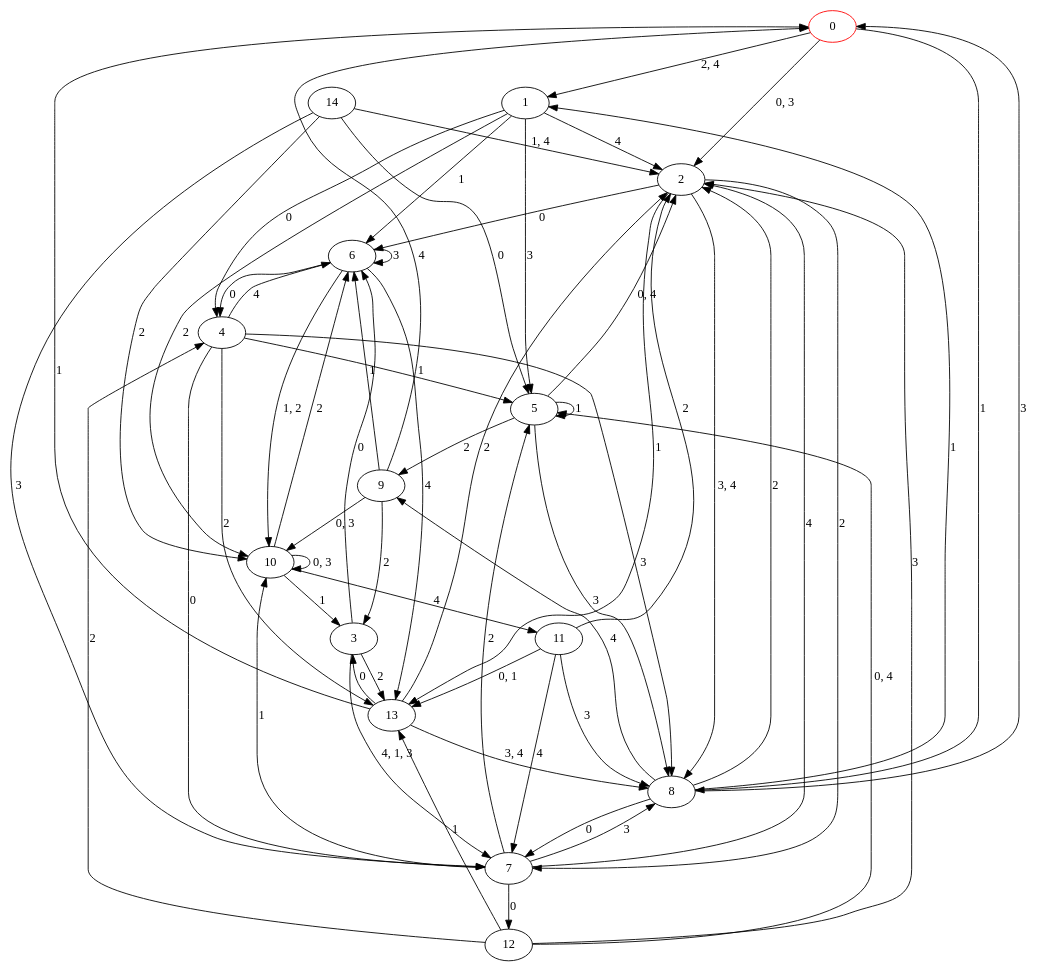
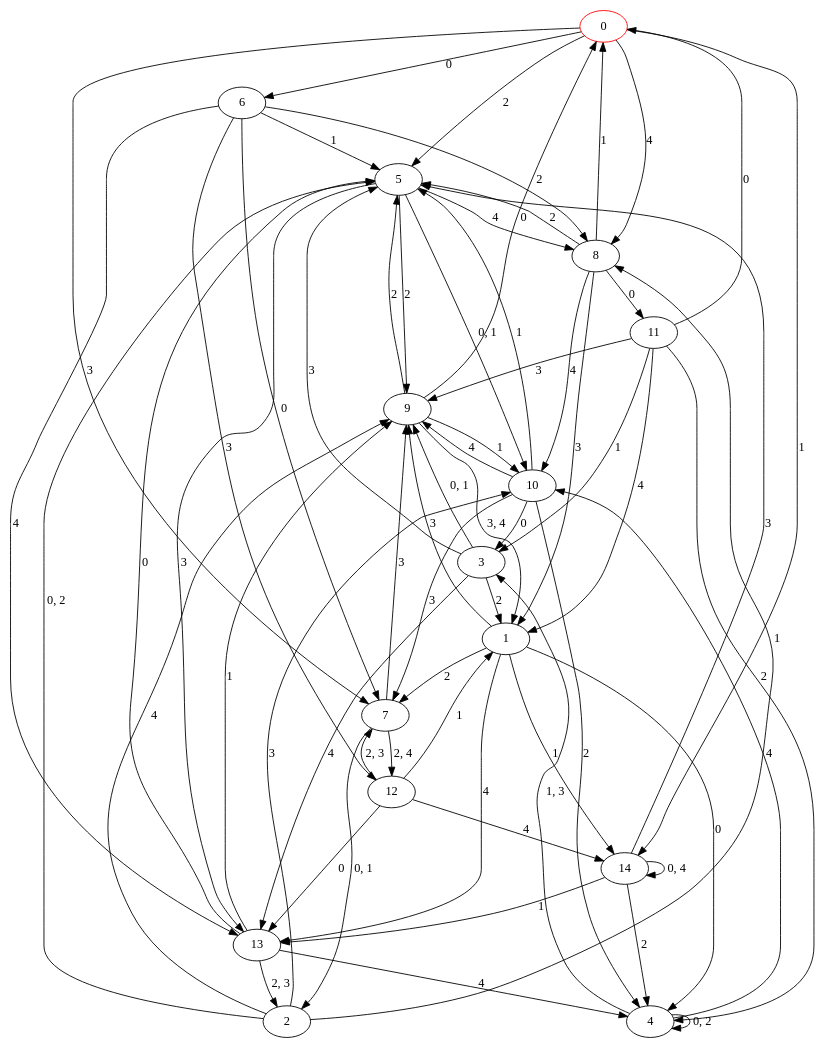
Before and after one commit to Jakub-Ciecierski/AutomatonOptimization: the diagram in automata/res/dfa_s15_r5/s15_r5.dot, drawn with Graphviz. The commit also changed 41 other files, not shown here.

```diff
--- a/automata/res/dfa_s15_r5/s15_r5.dot
+++ b/automata/res/dfa_s15_r5/s15_r5.dot
@@ -1,79 +1,81 @@
 digraph g {
 0 [label= "0"] [color="red"];
 1 [label= "1"];
 2 [label= "2"];
 3 [label= "3"];
 4 [label= "4"];
 5 [label= "5"];
 6 [label= "6"];
 7 [label= "7"];
 8 [label= "8"];
 9 [label= "9"];
 10 [label= "10"];
 11 [label= "11"];
 12 [label= "12"];
 13 [label= "13"];
 14 [label= "14"];
-0 -> 8[label= "1"];
+0 -> 6[label= "0"];
+0 -> 14[label= "1"];
+0 -> 5[label= "2"];
+0 -> 7[label= "3"];
+0 -> 8[label= "4"];
 1 -> 4[label= "0"];
-1 -> 6[label= "1"];
-1 -> 10[label= "2"];
-1 -> 5[label= "3"];
-1 -> 2[label= "4"];
-2 -> 6[label= "0"];
-2 -> 13[label= "1"];
-2 -> 7[label= "2"];
-3 -> 6[label= "0"];
-3 -> 13[label= "2"];
-4 -> 7[label= "0"];
-4 -> 5[label= "1"];
-4 -> 13[label= "2"];
-4 -> 8[label= "3"];
-4 -> 6[label= "4"];
-5 -> 5[label= "1"];
+1 -> 14[label= "1"];
+1 -> 7[label= "2"];
+1 -> 9[label= "3"];
+1 -> 13[label= "4"];
+2 -> 8[label= "1"];
+2 -> 10[label= "3"];
+2 -> 9[label= "4"];
+3 -> 1[label= "2"];
+3 -> 5[label= "3"];
+3 -> 13[label= "4"];
+4 -> 10[label= "4"];
 5 -> 9[label= "2"];
-5 -> 8[label= "3"];
-6 -> 4[label= "0"];
-6 -> 6[label= "3"];
+5 -> 13[label= "3"];
+5 -> 8[label= "4"];
+6 -> 7[label= "0"];
+6 -> 5[label= "1"];
+6 -> 8[label= "2"];
+6 -> 12[label= "3"];
 6 -> 13[label= "4"];
-7 -> 12[label= "0"];
-7 -> 10[label= "1"];
-7 -> 5[label= "2"];
-7 -> 8[label= "3"];
-7 -> 2[label= "4"];
-8 -> 7[label= "0"];
-8 -> 1[label= "1"];
-8 -> 2[label= "2"];
-8 -> 0[label= "3"];
-8 -> 9[label= "4"];
-9 -> 6[label= "1"];
-9 -> 3[label= "2"];
-9 -> 0[label= "4"];
-10 -> 3[label= "1"];
-10 -> 6[label= "2"];
-10 -> 11[label= "4"];
-11 -> 2[label= "2"];
-11 -> 8[label= "3"];
-11 -> 7[label= "4"];
-12 -> 13[label= "1"];
-12 -> 4[label= "2"];
-12 -> 2[label= "3"];
-13 -> 3[label= "0"];
-13 -> 0[label= "1"];
-13 -> 2[label= "2"];
-14 -> 5[label= "0"];
-14 -> 10[label= "2"];
-14 -> 7[label= "3"];
-0 -> 2[label= "0, 3"];
-0 -> 1[label= "2, 4"];
-2 -> 8[label= "3, 4"];
-3 -> 7[label= "4, 1, 3"];
-5 -> 2[label= "0, 4"];
-6 -> 10[label= "1, 2"];
-9 -> 10[label= "0, 3"];
-10 -> 10[label= "0, 3"];
-11 -> 13[label= "0, 1"];
-12 -> 5[label= "0, 4"];
-13 -> 8[label= "3, 4"];
-14 -> 2[label= "1, 4"];
+7 -> 9[label= "3"];
+8 -> 11[label= "0"];
+8 -> 0[label= "1"];
+8 -> 5[label= "2"];
+8 -> 1[label= "3"];
+8 -> 10[label= "4"];
+9 -> 0[label= "0"];
+9 -> 10[label= "1"];
+9 -> 5[label= "2"];
+10 -> 3[label= "0"];
+10 -> 5[label= "1"];
+10 -> 4[label= "2"];
+10 -> 7[label= "3"];
+10 -> 9[label= "4"];
+11 -> 0[label= "0"];
+11 -> 3[label= "1"];
+11 -> 4[label= "2"];
+11 -> 9[label= "3"];
+11 -> 1[label= "4"];
+12 -> 13[label= "0"];
+12 -> 1[label= "1"];
+12 -> 14[label= "4"];
+13 -> 5[label= "0"];
+13 -> 9[label= "1"];
+13 -> 4[label= "4"];
+14 -> 13[label= "1"];
+14 -> 4[label= "2"];
+14 -> 5[label= "3"];
+2 -> 5[label= "0, 2"];
+3 -> 9[label= "0, 1"];
+4 -> 4[label= "0, 2"];
+4 -> 3[label= "1, 3"];
+5 -> 10[label= "0, 1"];
+7 -> 2[label= "0, 1"];
+7 -> 12[label= "2, 4"];
+9 -> 1[label= "3, 4"];
+12 -> 7[label= "2, 3"];
+13 -> 2[label= "2, 3"];
+14 -> 14[label= "0, 4"];
 }
```
